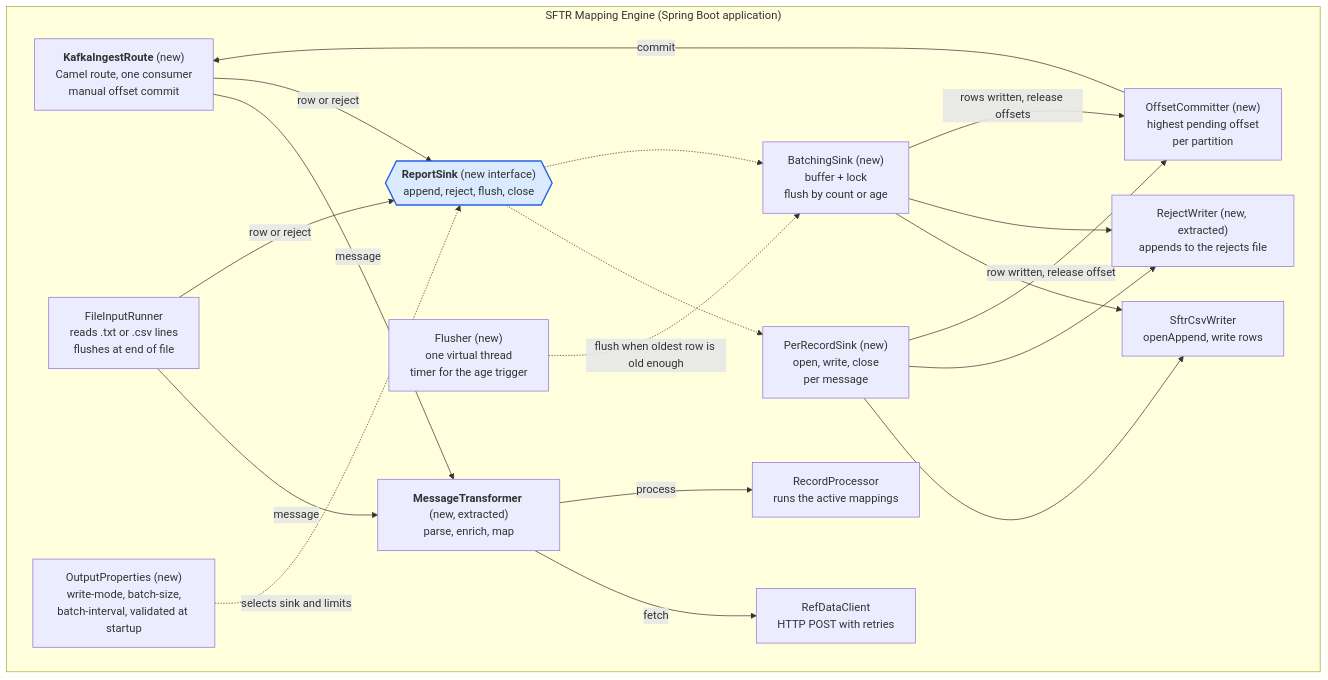
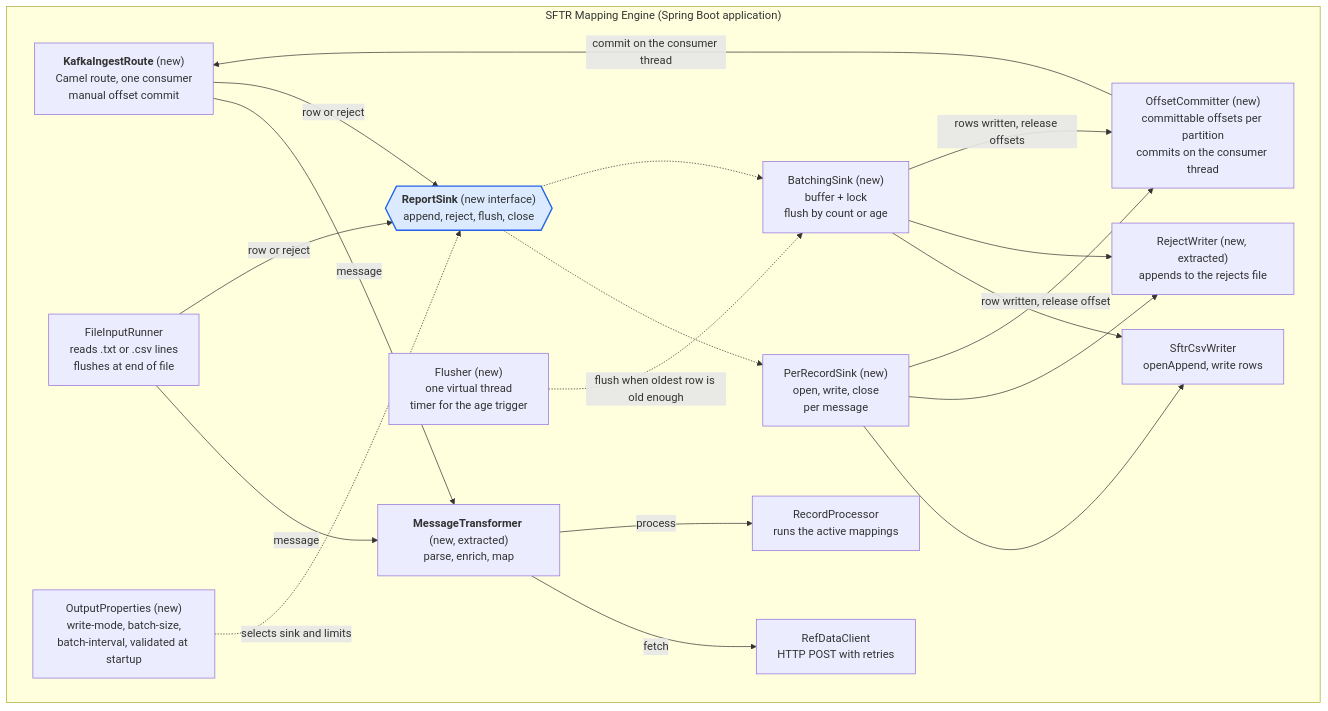
The third of 7 diagrams in docs/c4-camel-batch-writer.md (shanregs/msg-transformer), drawn with Mermaid before and after one commit. The commit also changed other lines of this file and 1 other file, not shown here.

````diff
--- a/docs/c4-camel-batch-writer.md
+++ b/docs/c4-camel-batch-writer.md
@@ -43,38 +43,38 @@
 ```mermaid
 flowchart TB
     subgraph engine["SFTR Mapping Engine (Spring Boot application)"]
         route["<b>KafkaIngestRoute</b> (new)<br/>Camel route, one consumer<br/>manual offset commit"]
         file["FileInputRunner<br/>reads .txt or .csv lines<br/>flushes at end of file"]
         tf["<b>MessageTransformer</b> (new, extracted)<br/>parse, enrich, map"]
         ref["RefDataClient<br/>HTTP POST with retries"]
         proc["RecordProcessor<br/>runs the active mappings"]
         sink{{"<b>ReportSink</b> (new interface)<br/>append, reject, flush, close"}}
         per["PerRecordSink (new)<br/>open, write, close<br/>per message"]
         batch["BatchingSink (new)<br/>buffer + lock<br/>flush by count or age"]
         timer["Flusher (new)<br/>one virtual thread<br/>timer for the age trigger"]
         rej["RejectWriter (new, extracted)<br/>appends to the rejects file"]
         csv["SftrCsvWriter<br/>openAppend, write rows"]
-        commit["OffsetCommitter (new)<br/>highest pending offset<br/>per partition"]
+        commit["OffsetCommitter (new)<br/>committable offsets per partition<br/>commits on the consumer thread"]
         props["OutputProperties (new)<br/>write-mode, batch-size,<br/>batch-interval, validated at startup"]
 
         route -->|message| tf
         file -->|message| tf
         tf -->|fetch| ref
         tf -->|process| proc
         route -->|row or reject| sink
         file -->|row or reject| sink
         sink -.-> per
         sink -.-> batch
         timer -.->|flush when oldest row is old enough| batch
         per --> csv
         batch --> csv
         per --> rej
         batch --> rej
         batch -->|rows written, release offsets| commit
         per -->|row written, release offset| commit
-        commit -->|commit| route
+        commit -->|commit on the consumer thread| route
         props -.->|selects sink and limits| sink
     end
 
     style sink fill:#dbeafe,stroke:#2563eb,stroke-width:2px
 ```
````
